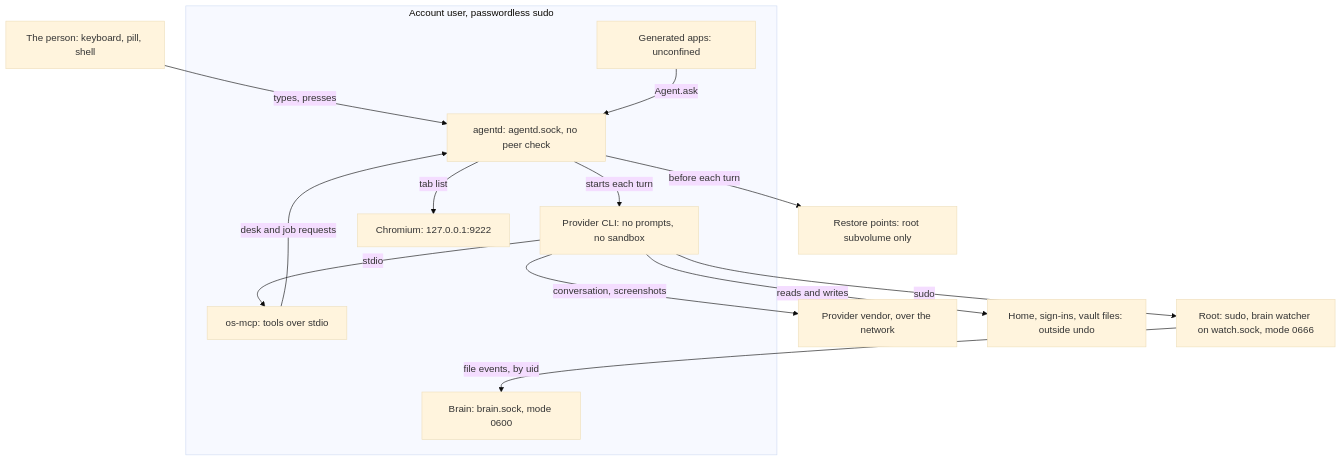
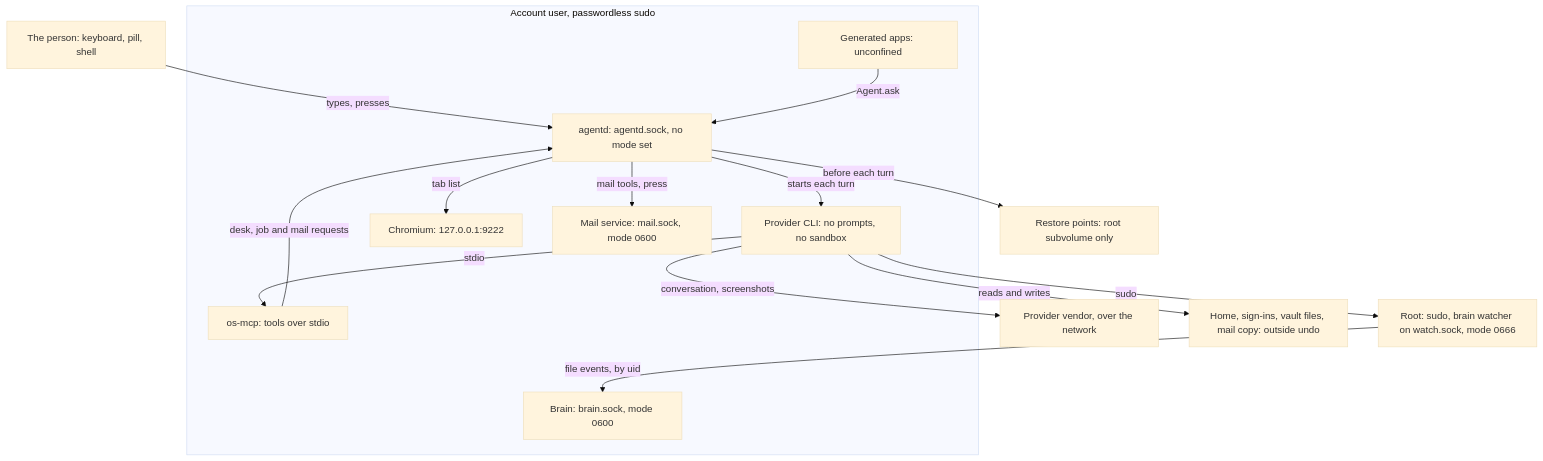
The first of 2 diagrams in docs/security-model.md (thedefaultman/Bombadil), drawn with Mermaid (base theme) before and after one commit. The commit also changed other lines of this file and 31 other files, not shown here.

````diff
--- a/docs/security-model.md
+++ b/docs/security-model.md
@@ -43,27 +45,29 @@
 ```mermaid
 flowchart TB
     P["The person: keyboard, pill, shell"]
     subgraph U["Account user, passwordless sudo"]
-        A["agentd: agentd.sock, no peer check"]
+        A["agentd: agentd.sock, no mode set"]
         C["Provider CLI: no prompts, no sandbox"]
         M["os-mcp: tools over stdio"]
         X["Generated apps: unconfined"]
         B["Chromium: 127.0.0.1:9222"]
         BR["Brain: brain.sock, mode 0600"]
+        ML["Mail service: mail.sock, mode 0600"]
     end
     R["Root: sudo, brain watcher on watch.sock, mode 0666"]
     V["Provider vendor, over the network"]
     S["Restore points: root subvolume only"]
-    H["Home, sign-ins, vault files: outside undo"]
+    H["Home, sign-ins, vault files, mail copy: outside undo"]
     P -->|"types, presses"| A
     A -->|"starts each turn"| C
     C -->|"stdio"| M
-    M -->|"desk and job requests"| A
+    M -->|"desk, job and mail requests"| A
     X -->|"Agent.ask"| A
     C -->|"sudo"| R
     C -->|"conversation, screenshots"| V
     A -->|"before each turn"| S
     C -->|"reads and writes"| H
     A -->|"tab list"| B
+    A -->|"mail tools, press"| ML
     R -->|"file events, by uid"| BR
 ```
````
